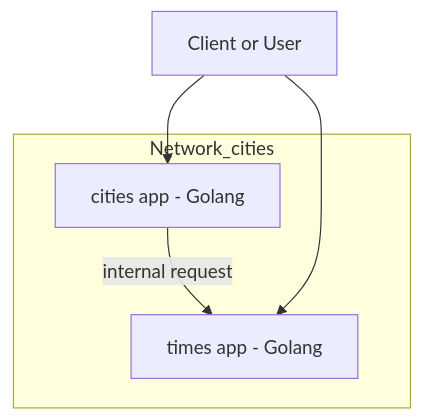
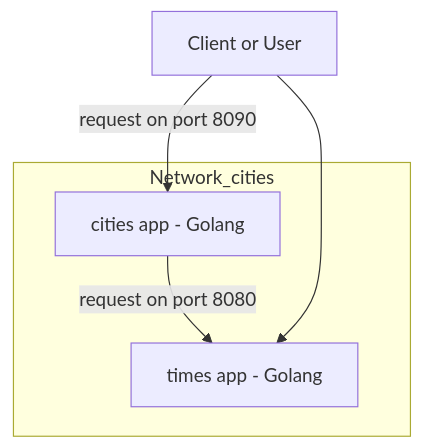
The diagram in chapter2/basics-exposing.md (fmarchioni/188), drawn with Mermaid before and after one commit.

Commit message:
Update request descriptions in basics-exposing.md

````diff
--- a/chapter2/basics-exposing.md
+++ b/chapter2/basics-exposing.md
@@ -33,11 +33,12 @@
 ```mermaid
 graph TD
   subgraph Network_cities
     Cities[cities app - Golang]
     Times[times app - Golang]
-    Cities -->|internal request| Times
+    Cities -->|request on port 8080| Times
   end
 
-  Client[Client or User] --> Cities
+  Client[Client or User] -->|request on port 8090| Cities
   Client --> Times
+
 ```
````
